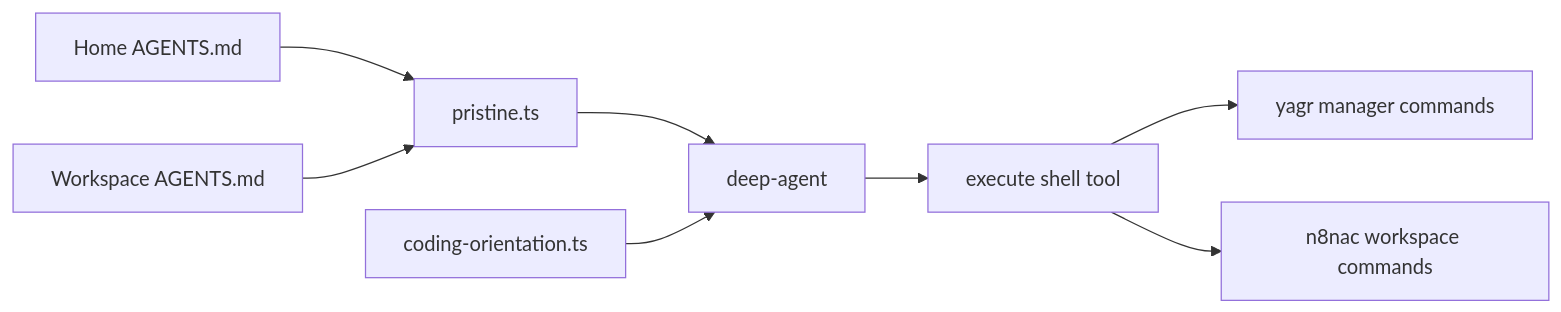
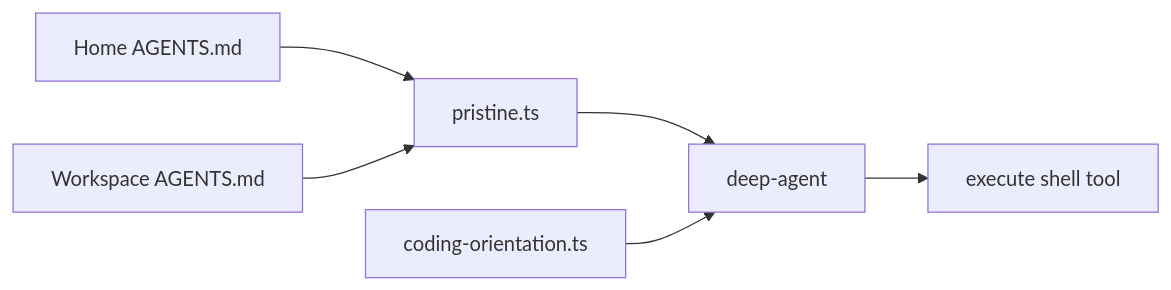
The second of 8 diagrams in architecture/current/runtime-flows.md (EtienneLescot/yagr), drawn with Mermaid before and after one commit. The commit also changed other lines of this file and 127 other files, not shown here.

First line of the commit message:
refactor: decouple n8n manager logic from Yagr core

````diff
--- a/architecture/current/runtime-flows.md
+++ b/architecture/current/runtime-flows.md
@@ -40,19 +40,15 @@
 ```mermaid
 flowchart LR
     HOME[Home AGENTS.md]
     WORK[Workspace AGENTS.md]
     PR[pristine.ts]
     CODE[coding-orientation.ts]
     AGENT[deep-agent]
     SHELL[execute shell tool]
-    HCLI[yagr manager commands]
-    WCLI[n8nac workspace commands]
 
     HOME --> PR
     WORK --> PR
     PR --> AGENT
     CODE --> AGENT
     AGENT --> SHELL
-    SHELL --> HCLI
-    SHELL --> WCLI
 ```
````
